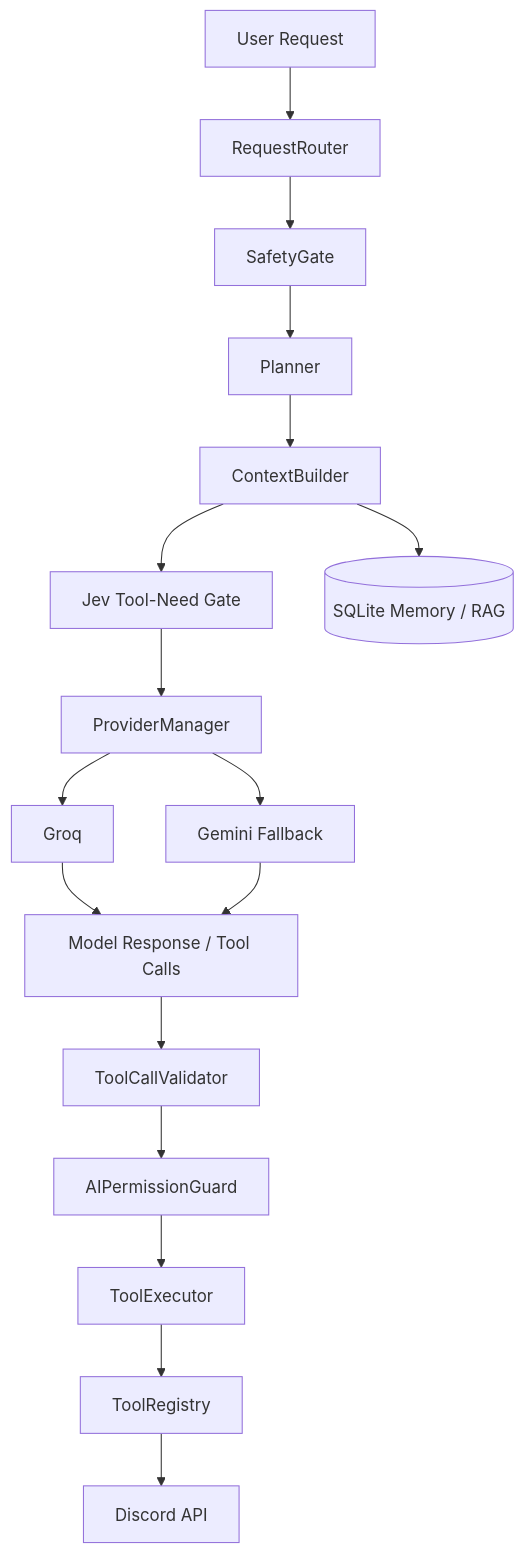
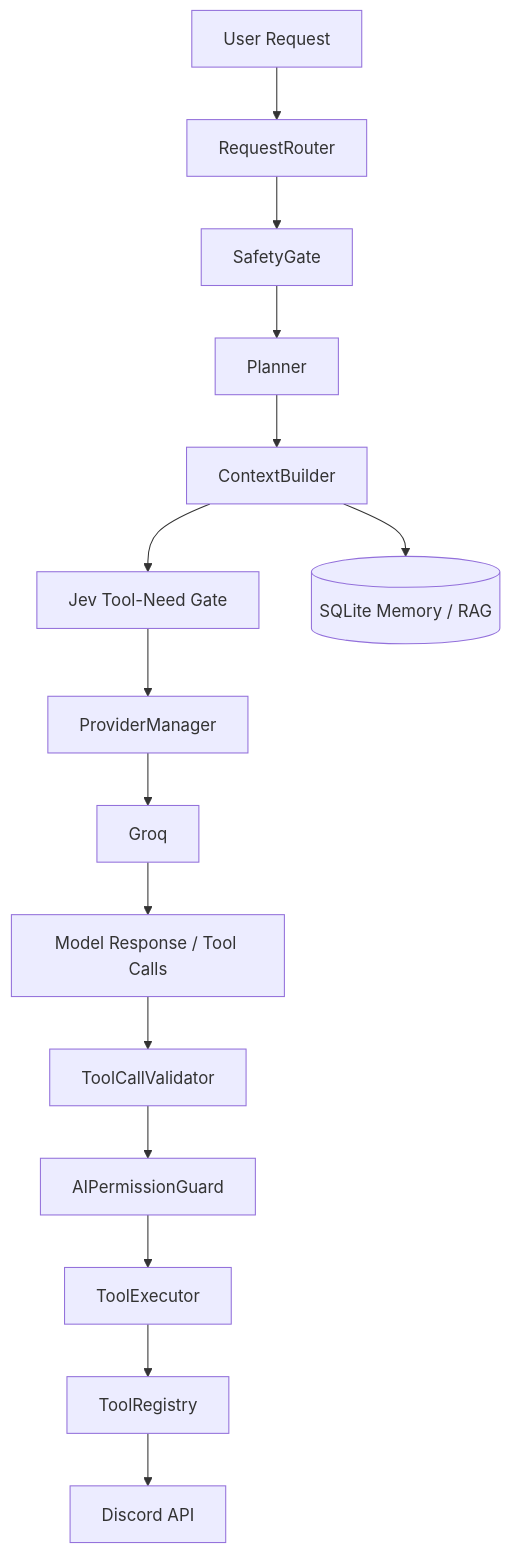
The second of 3 diagrams in docs/LEXUS_DOCUMENTATION.md (krishna3251/lexus_dc), drawn with Mermaid before and after one commit. The commit also changed other lines of this file and 22 other files, not shown here.

````diff
--- a/docs/LEXUS_DOCUMENTATION.md
+++ b/docs/LEXUS_DOCUMENTATION.md
@@ -104,19 +104,17 @@
 ```mermaid
 flowchart TD
     U[User Request] --> R[RequestRouter]
     R --> G[SafetyGate]
     G --> PL[Planner]
     PL --> CT[ContextBuilder]
     CT --> JG[Jev Tool-Need Gate]
     JG --> PM[ProviderManager]
     PM --> GR[Groq]
-    PM --> GE[Gemini Fallback]
     GR --> T[Model Response / Tool Calls]
-    GE --> T
     T --> V[ToolCallValidator]
     V --> PG[AIPermissionGuard]
     PG --> E[ToolExecutor]
     E --> TR[ToolRegistry]
     TR --> DA[Discord API]
     CT --> MEM[(SQLite Memory / RAG)]
 ```
````
